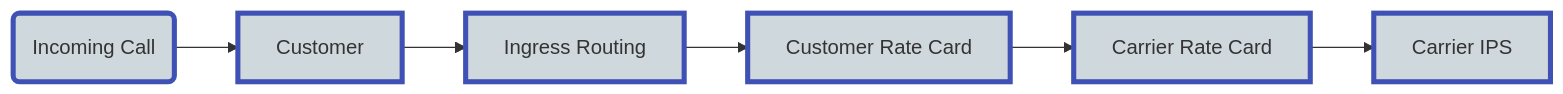
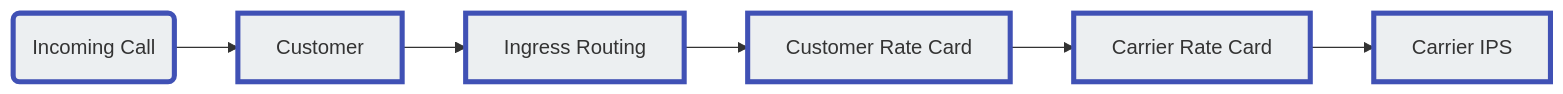
Before and after one commit to connexcs/docs: the diagram in docs/routing.md, drawn with Mermaid.

Commit message:
Update routing.md
fix mrmiad

````diff
--- a/docs/routing.md
+++ b/docs/routing.md
@@ -4,14 +4,14 @@
 ```mermaid
 graph LR
     A(Incoming Call) --> B[Customer]
-    style A fill:#CFD8DC,stroke:#4051b5,stroke-width:4px
+    style A fill:#ECEFF1,stroke:#4051b5,stroke-width:4px
     B --> C[Ingress Routing]
-    style B fill:#CFD8DC,stroke:#4051b5,stroke-width:4px
+    style B fill:#ECEFF1,stroke:#4051b5,stroke-width:4px
     C --> D[Customer Rate Card]
-    style C fill:#CFD8DC,stroke:#4051b5,stroke-width:4px
+    style C fill:#ECEFF1,stroke:#4051b5,stroke-width:4px
     D --> E[Carrier Rate Card]
-    style D fill:#CFD8DC,stroke:#4051b5,stroke-width:4px
+    style D fill:#ECEFF1,stroke:#4051b5,stroke-width:4px
     E --> F[Carrier IPS]
-    style E fill:#CFD8DC,stroke:#4051b5,stroke-width:4px
-    style F fill:#CFD8DC,stroke:#4051b5,stroke-width:4px
+    style E fill:#ECEFF1,stroke:#4051b5,stroke-width:4px
+    style F fill:#ECEFF1,stroke:#4051b5,stroke-width:4px
 ```
````
